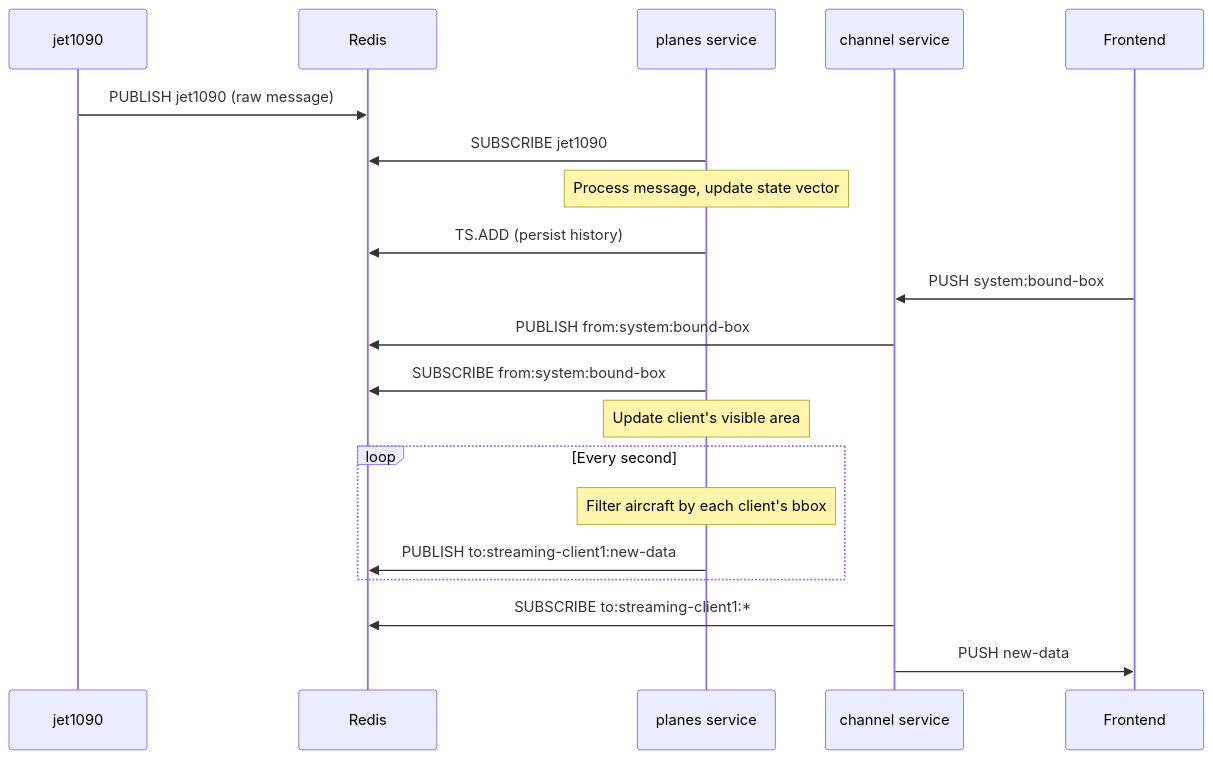
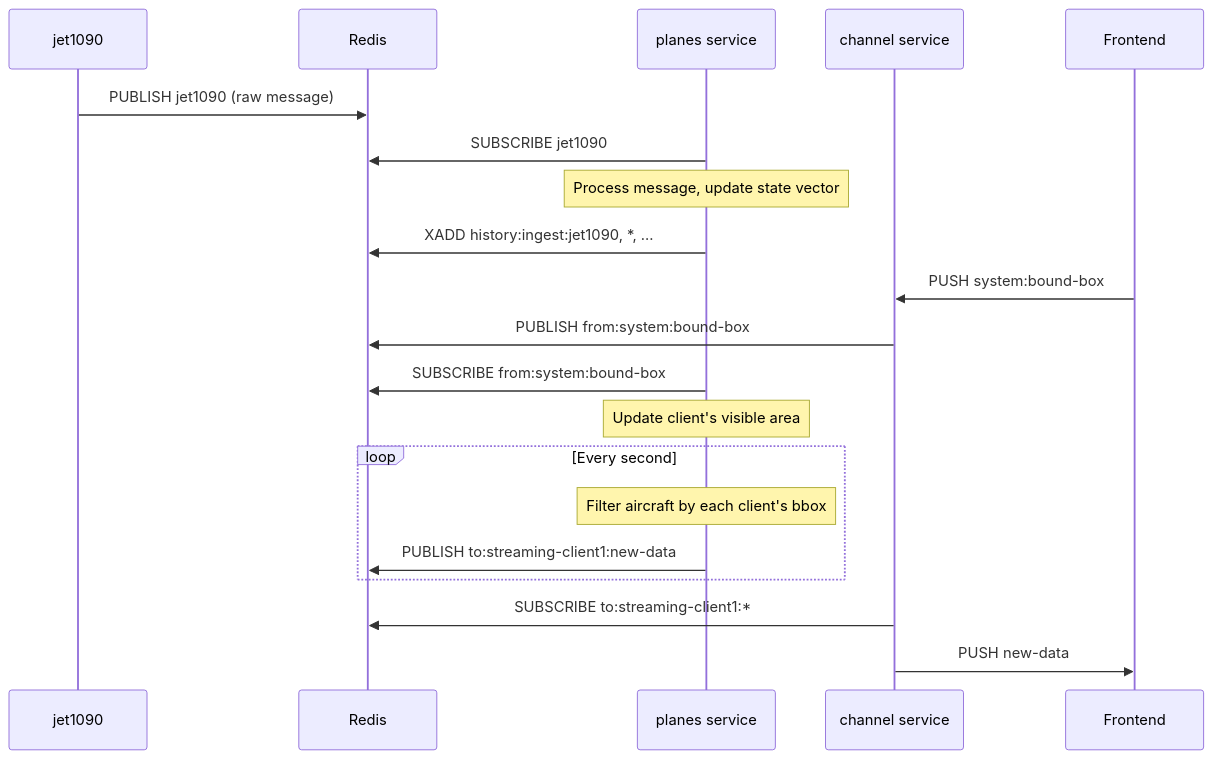
Before and after one commit to open-aviation/tangram: the diagram in docs/plugins/jet1090.md, drawn with Mermaid. The commit also changed other lines of this file and 42 other files, not shown here.

````diff
--- a/docs/plugins/jet1090.md
+++ b/docs/plugins/jet1090.md
@@ -17,26 +17,26 @@
 ```mermaid
 sequenceDiagram
     participant J as jet1090
     participant R as Redis
     participant P as planes service
     participant C as channel service
     participant F as Frontend
 
     J->>R: PUBLISH jet1090 (raw message)
     P->>R: SUBSCRIBE jet1090
     Note over P: Process message, update state vector
-    P->>R: TS.ADD (persist history)
+    P->>R: XADD history:ingest:jet1090, *, ...
 
     F->>C: PUSH system:bound-box
     C->>R: PUBLISH from:system:bound-box
     P->>R: SUBSCRIBE from:system:bound-box
     Note over P: Update client's visible area
 
     loop Every second
         Note over P: Filter aircraft by each client's bbox
         P->>R: PUBLISH to:streaming-client1:new-data
     end
 
     C->>R: SUBSCRIBE to:streaming-client1:*
     C->>F: PUSH new-data
 ```
````
